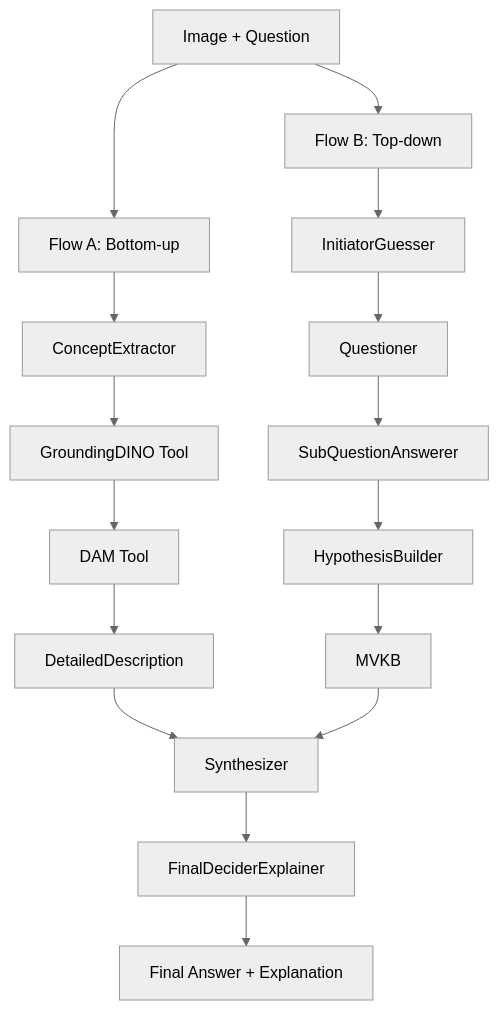
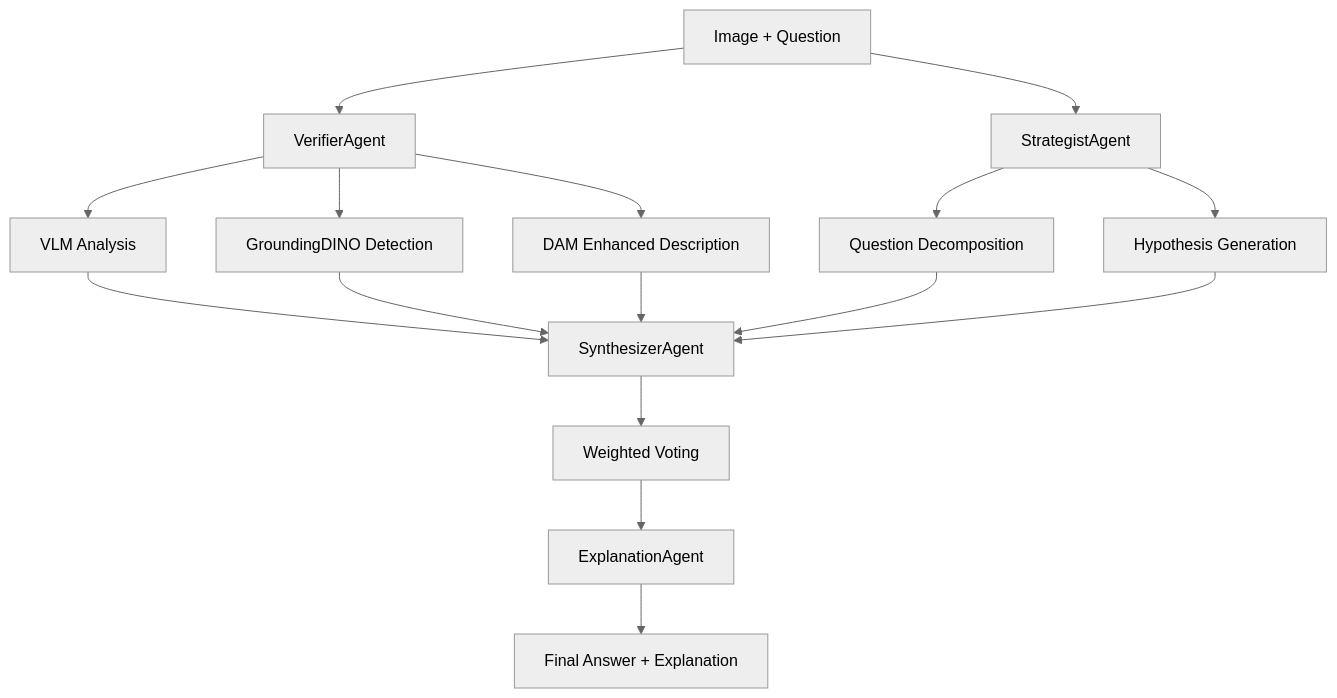
The second of 2 diagrams in Structure.md (duongtruongbinh/Improve_ViVQA-X_baseline), drawn with Mermaid (neutral theme) before and after one commit. The commit also changed other lines of this file and 1 other file, not shown here.

````diff
--- a/Structure.md
+++ b/Structure.md
@@ -169,21 +100,22 @@
 ```mermaid
 graph TD
-    A[Image + Question] --> B[Flow A: Bottom-up]
-    A --> C[Flow B: Top-down]
+    A[Image + Question] --> B[VerifierAgent]
+    A --> C[StrategistAgent]
     
-    B --> D[ConceptExtractor]
-    D --> E[GroundingDINO Tool]
-    E --> F[DAM Tool]
-    F --> G[DetailedDescription]
+    B --> D[VLM Analysis]
+    B --> E[GroundingDINO Detection]
+    B --> F[DAM Enhanced Description]
     
-    C --> H[InitiatorGuesser]
-    H --> I[Questioner]
-    I --> J[SubQuestionAnswerer]
-    J --> K[HypothesisBuilder]
-    K --> L[MVKB]
+    C --> G[Question Decomposition]
+    C --> H[Hypothesis Generation]
     
-    G --> M[Synthesizer]
-    L --> M
-    M --> N[FinalDeciderExplainer]
-    N --> O[Final Answer + Explanation]
+    D --> I[SynthesizerAgent]
+    E --> I
+    F --> I
+    G --> I
+    H --> I
+    
+    I --> J[Weighted Voting]
+    J --> K[ExplanationAgent]
+    K --> L[Final Answer + Explanation]
 ```
````
